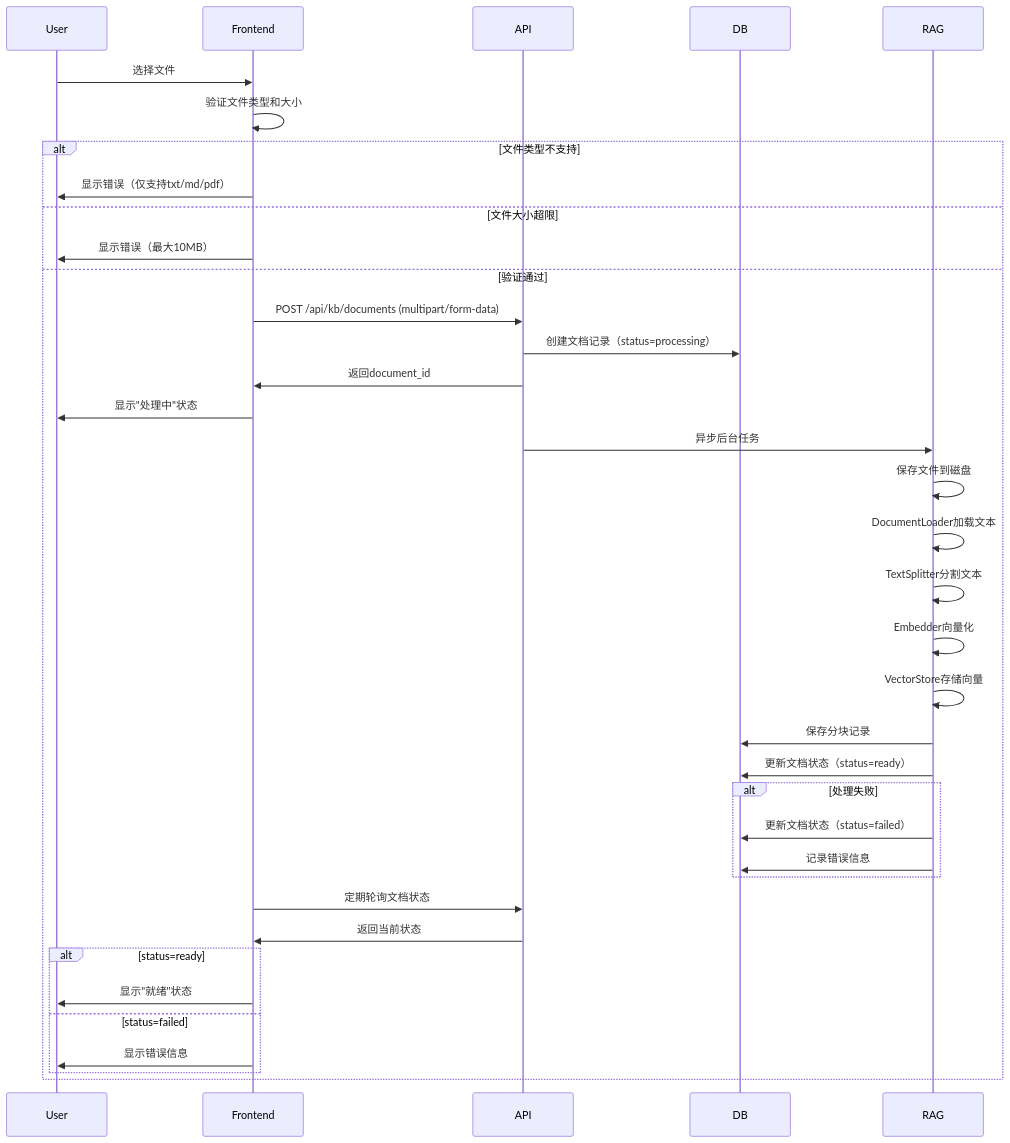
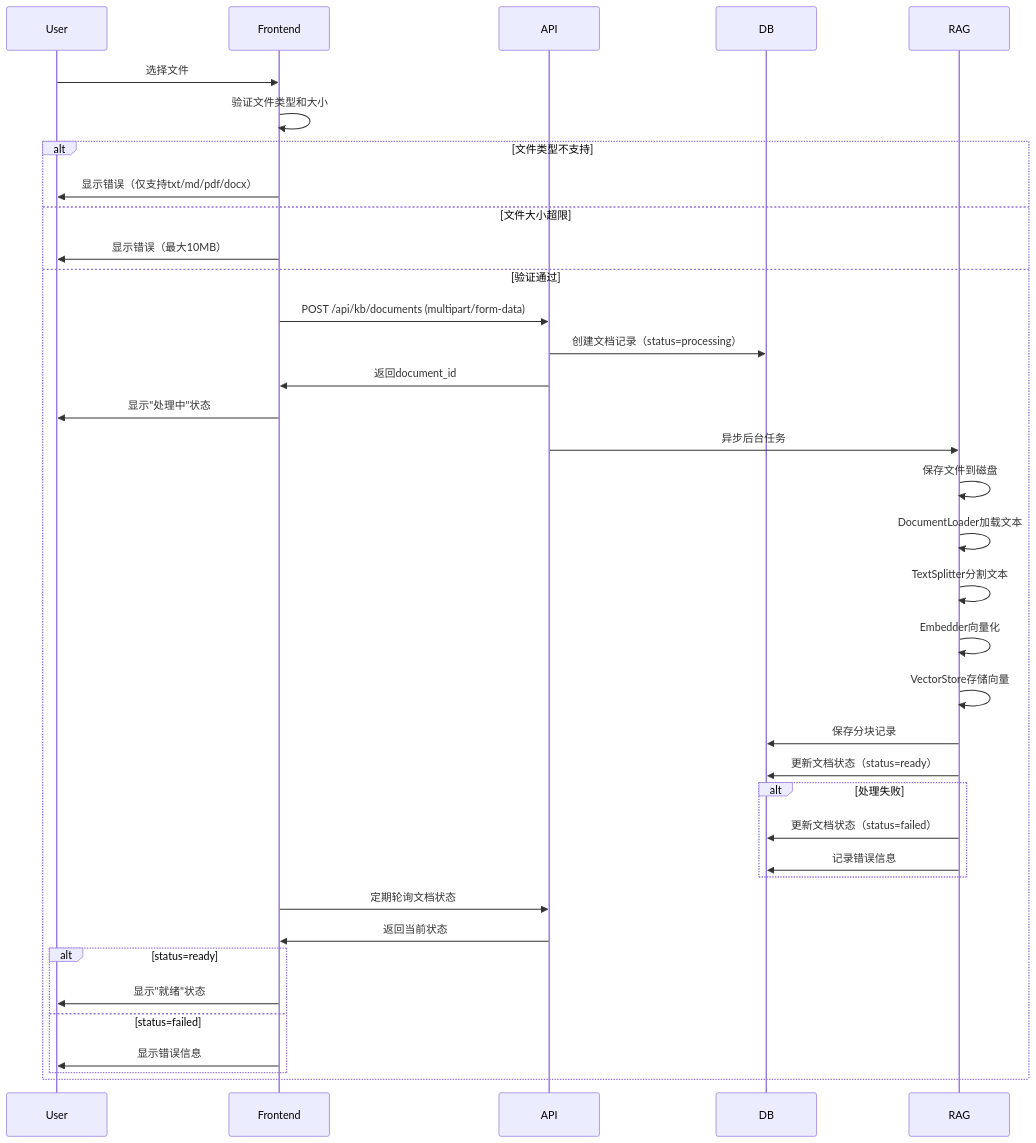
One commit to caolufeng994/ai-customer-service changed the third of 10 diagrams in docs/业务流程说明.md. Above: the diagram before and after it, drawn with Mermaid. The commit also changed other lines of this file and 23 other files, not shown here.

First line of the commit message:
feat(parser): 新增 PDF(pypdf) 与 docx(python-docx) 解析 + 测试文档 + 日志健壮性修复

````diff
--- a/docs/业务流程说明.md
+++ b/docs/业务流程说明.md
@@ -84,40 +84,40 @@
 ```mermaid
 sequenceDiagram
     participant User
     participant Frontend
     participant API
     participant DB
     participant RAG
 
     User->>Frontend: 选择文件
     Frontend->>Frontend: 验证文件类型和大小
     alt 文件类型不支持
-        Frontend->>User: 显示错误（仅支持txt/md/pdf）
+        Frontend->>User: 显示错误（仅支持txt/md/pdf/docx）
     else 文件大小超限
         Frontend->>User: 显示错误（最大10MB）
     else 验证通过
         Frontend->>API: POST /api/kb/documents (multipart/form-data)
         API->>DB: 创建文档记录（status=processing）
         API->>Frontend: 返回document_id
         Frontend->>User: 显示"处理中"状态
         API->>RAG: 异步后台任务
         RAG->>RAG: 保存文件到磁盘
         RAG->>RAG: DocumentLoader加载文本
         RAG->>RAG: TextSplitter分割文本
         RAG->>RAG: Embedder向量化
         RAG->>RAG: VectorStore存储向量
         RAG->>DB: 保存分块记录
         RAG->>DB: 更新文档状态（status=ready）
         alt 处理失败
             RAG->>DB: 更新文档状态（status=failed）
             RAG->>DB: 记录错误信息
         end
         Frontend->>API: 定期轮询文档状态
         API->>Frontend: 返回当前状态
         alt status=ready
             Frontend->>User: 显示"就绪"状态
         else status=failed
             Frontend->>User: 显示错误信息
         end
     end
 ```
````
